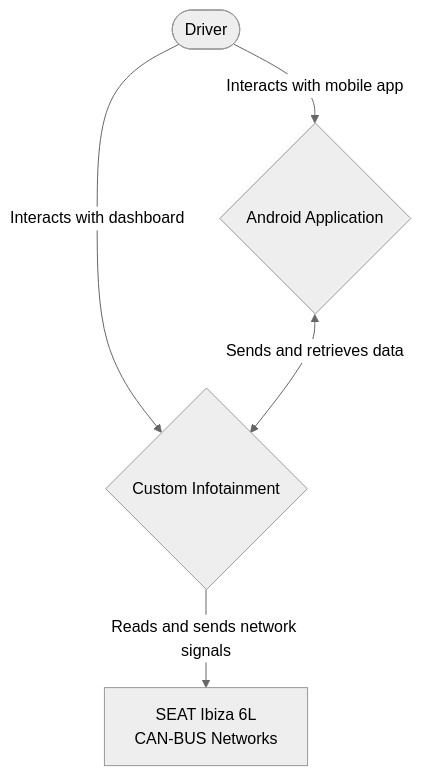
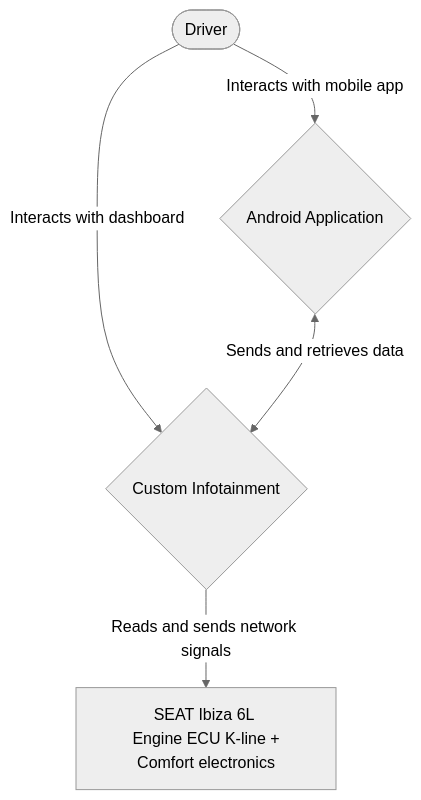
One commit to p-nite/VAG-CAN-Infotainment changed the diagram in README.md. Above: the diagram before and after it, drawn with Mermaid (neutral theme). The commit also changed other lines of this file and 3 other files, not shown here.

First line of the commit message:
Redesign around K-line after finding the ECU has no CAN

````diff
--- a/README.md
+++ b/README.md
@@ -23,13 +41,13 @@
 ```mermaid
 graph TD
     User([Driver])
-    Vehicle[SEAT Ibiza 6L \n CAN-BUS Networks]
+    Vehicle[SEAT Ibiza 6L \n Engine ECU K-line + Comfort electronics]
     Phone{Android Application}
     System{Custom Infotainment}
     
     User -->|Interacts with dashboard| System
     User -->|Interacts with mobile app| Phone
     Phone <-->|Sends and retrieves data| System
     System -->|Reads and sends network signals| Vehicle
 
 ```
````
